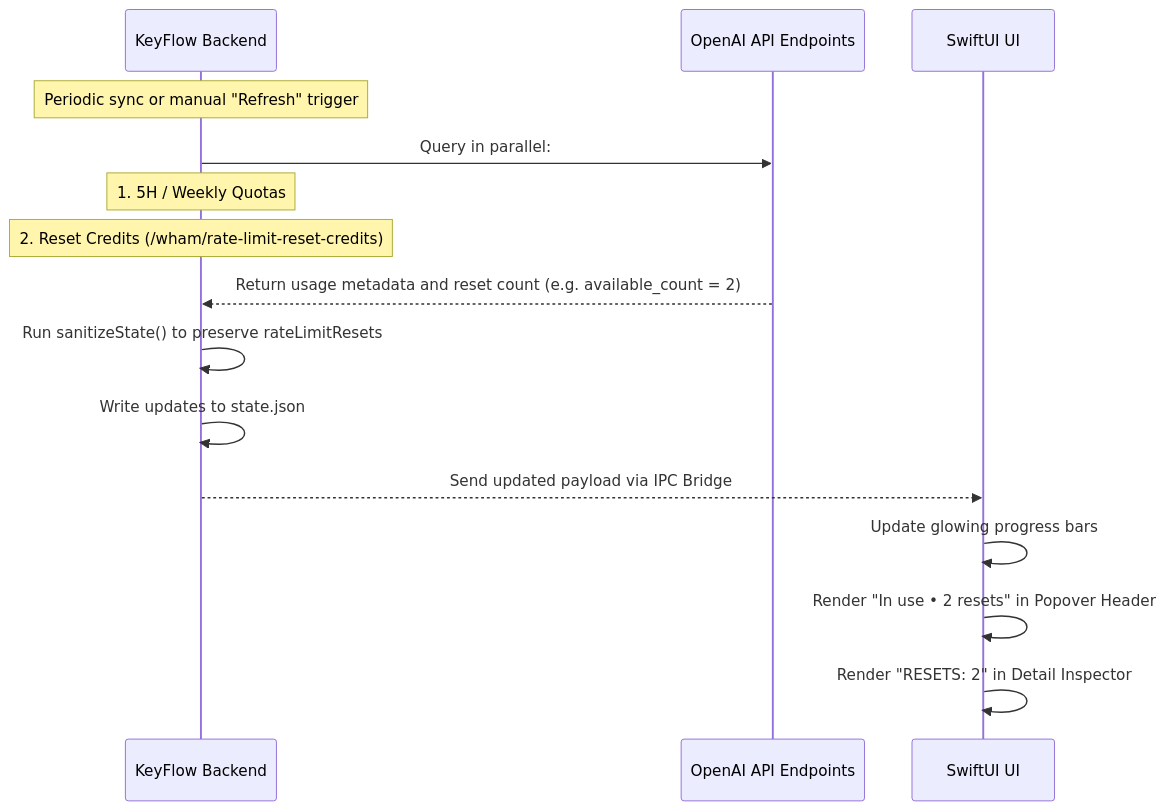
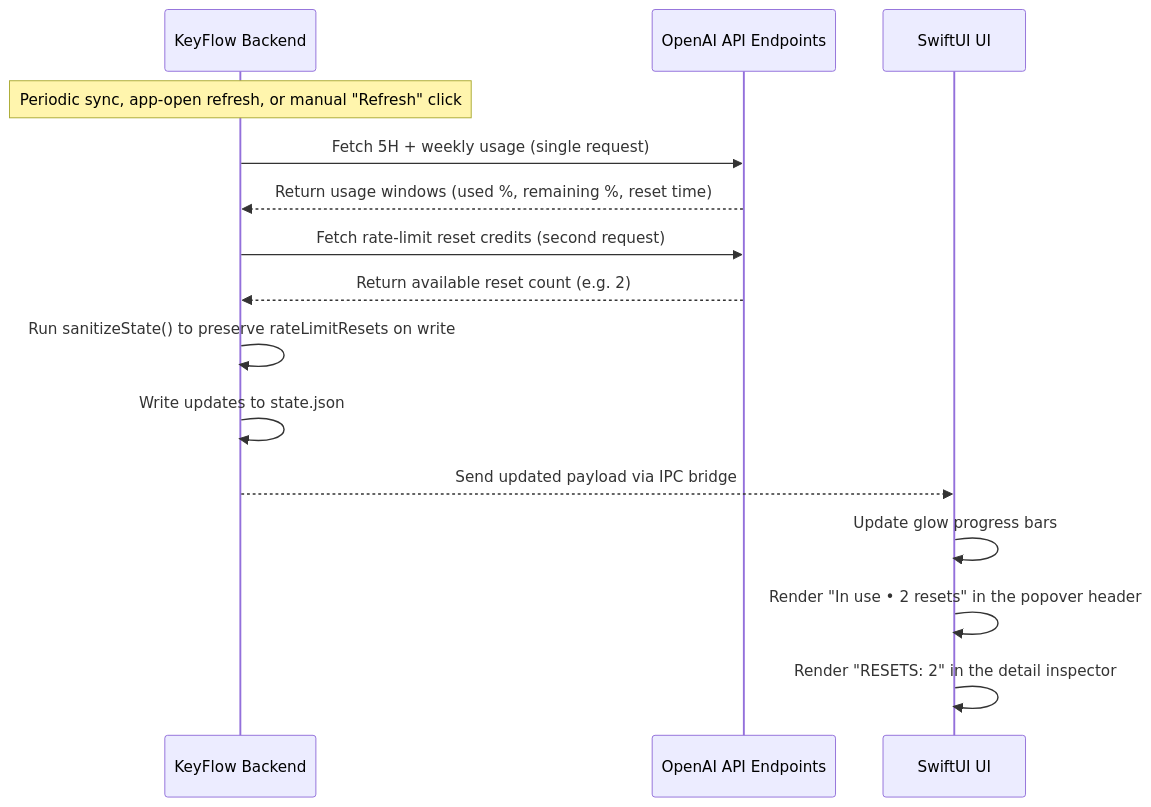
Before and after one commit to hbui290/keyflow: the fifth of 5 diagrams in docs/USERFLOW.md, drawn with Mermaid. The commit also changed other lines of this file and 3 other files, not shown here.

````diff
--- a/docs/USERFLOW.md
+++ b/docs/USERFLOW.md
@@ -130,18 +136,18 @@
 ```mermaid
 sequenceDiagram
     participant CLI as KeyFlow Backend
     participant API as OpenAI API Endpoints
     participant UI as SwiftUI UI
 
-    Note over CLI: Periodic sync or manual "Refresh" trigger
-    CLI->>API: Query in parallel:
-    Note over CLI: 1. 5H / Weekly Quotas
-    Note over CLI: 2. Reset Credits (/wham/rate-limit-reset-credits)
-    API-->>CLI: Return usage metadata and reset count (e.g. available_count = 2)
-    CLI->>CLI: Run sanitizeState() to preserve rateLimitResets
+    Note over CLI: Periodic sync, app-open refresh, or manual "Refresh" click
+    CLI->>API: Fetch 5H + weekly usage (single request)
+    API-->>CLI: Return usage windows (used %, remaining %, reset time)
+    CLI->>API: Fetch rate-limit reset credits (second request)
+    API-->>CLI: Return available reset count (e.g. 2)
+    CLI->>CLI: Run sanitizeState() to preserve rateLimitResets on write
     CLI->>CLI: Write updates to state.json
-    CLI-->>UI: Send updated payload via IPC Bridge
-    UI->>UI: Update glowing progress bars
-    UI->>UI: Render "In use • 2 resets" in Popover Header
-    UI->>UI: Render "RESETS: 2" in Detail Inspector
+    CLI-->>UI: Send updated payload via IPC bridge
+    UI->>UI: Update glow progress bars
+    UI->>UI: Render "In use • 2 resets" in the popover header
+    UI->>UI: Render "RESETS: 2" in the detail inspector
 ```
````
